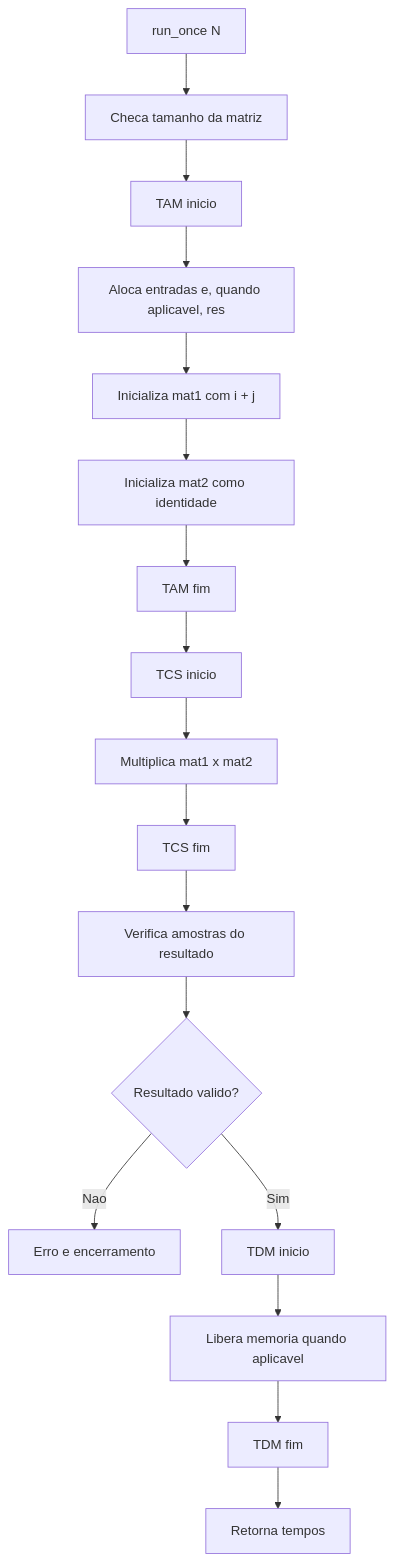
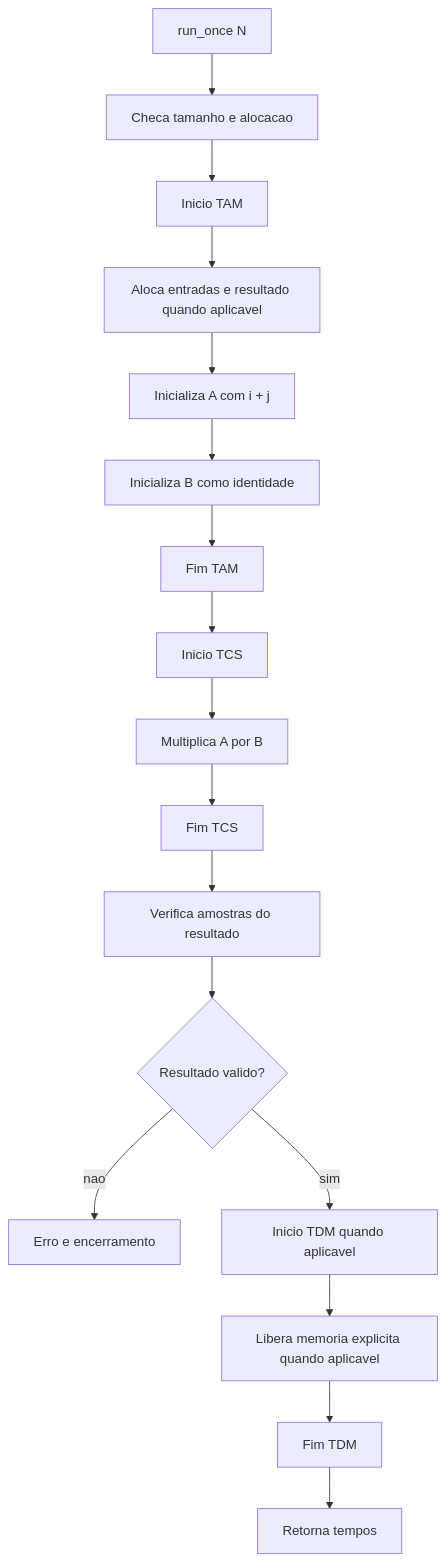
The sixth of 16 diagrams in docs/DIAGRAMS.md (Lucas-Sperotto/matrix-multiplication-benchmark), drawn with Mermaid before and after one commit. The commit also changed other lines of this file, not shown here.

Commit message:
docs: corrige diagramas Mermaid e atualiza fluxo de preflight

````diff
--- a/docs/DIAGRAMS.md
+++ b/docs/DIAGRAMS.md
@@ -237,19 +248,19 @@
 ```mermaid
 flowchart TD
-    A[run_once N] --> B[Checa tamanho da matriz]
-    B --> C[TAM inicio]
-    C --> D[Aloca entradas e, quando aplicavel, res]
-    D --> E[Inicializa mat1 com i + j]
-    E --> F[Inicializa mat2 como identidade]
-    F --> G[TAM fim]
-    G --> H[TCS inicio]
-    H --> I[Multiplica mat1 x mat2]
-    I --> J[TCS fim]
-    J --> K[Verifica amostras do resultado]
-    K --> L{Resultado valido?}
-    L -- Nao --> X[Erro e encerramento]
-    L -- Sim --> M[TDM inicio]
-    M --> N[Libera memoria quando aplicavel]
-    N --> O[TDM fim]
-    O --> P[Retorna tempos]
+    A["run_once N"] --> B["Checa tamanho e alocacao"]
+    B --> C["Inicio TAM"]
+    C --> D["Aloca entradas e resultado quando aplicavel"]
+    D --> E["Inicializa A com i + j"]
+    E --> F["Inicializa B como identidade"]
+    F --> G["Fim TAM"]
+    G --> H["Inicio TCS"]
+    H --> I["Multiplica A por B"]
+    I --> J["Fim TCS"]
+    J --> K["Verifica amostras do resultado"]
+    K --> L{"Resultado valido?"}
+    L -- nao --> X["Erro e encerramento"]
+    L -- sim --> M["Inicio TDM quando aplicavel"]
+    M --> N["Libera memoria explicita quando aplicavel"]
+    N --> O["Fim TDM"]
+    O --> P["Retorna tempos"]
 ```
````
